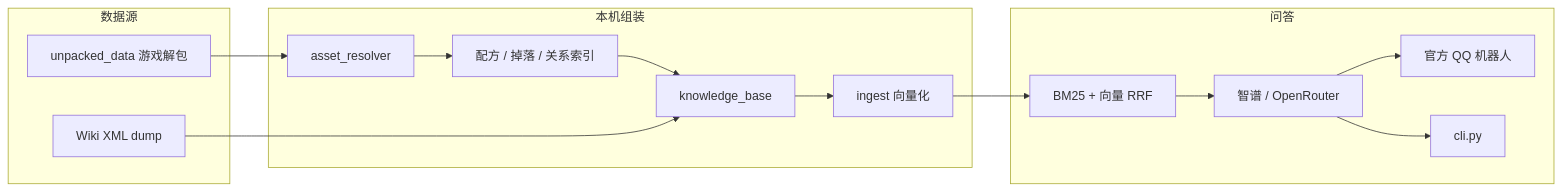
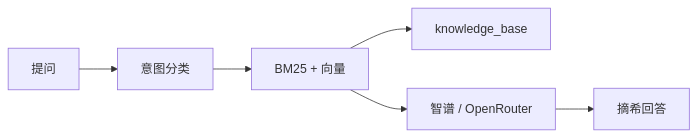
One commit to NekoMashiro/starbound_fu_wiki_robot changed the diagram in README.md. Above: the diagram before and after it, drawn with Mermaid. The commit also changed other lines of this file and 1 other file, not shown here.

````diff
--- a/README.md
+++ b/README.md
@@ -22,27 +47,8 @@
 ```mermaid
 flowchart LR
-  subgraph sources [数据源]
-    mods[unpacked_data 游戏解包]
-    wiki[Wiki XML dump]
-  end
-
-  subgraph build [本机组装]
-    resolver[asset_resolver]
-    indexes[配方 / 掉落 / 关系索引]
-    kb[knowledge_base]
-    ingest[ingest 向量化]
-  end
-
-  subgraph serve [问答]
-    hybrid[BM25 + 向量 RRF]
-    llm[智谱 / OpenRouter]
-    qq[官方 QQ 机器人]
-    cli[cli.py]
-  end
-
-  mods --> resolver --> indexes --> kb
-  wiki --> kb
-  kb --> ingest --> hybrid --> llm
-  llm --> qq
-  llm --> cli
+  q[提问] --> intent[意图分类]
+  intent --> retrieve[BM25 + 向量]
+  retrieve --> kb[knowledge_base]
+  retrieve --> llm[智谱 / OpenRouter]
+  llm --> a[摘希回答]
 ```
````
